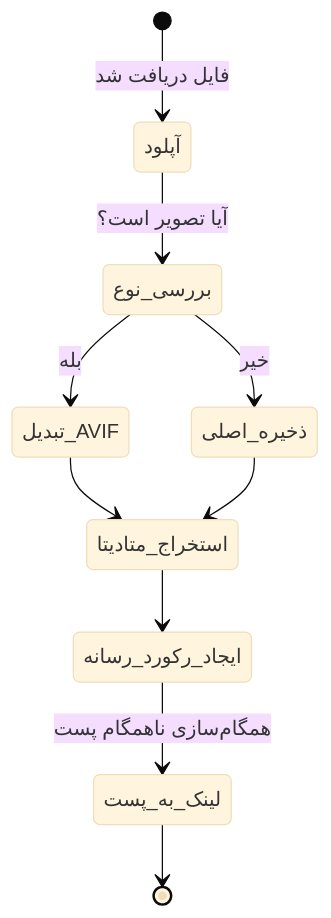
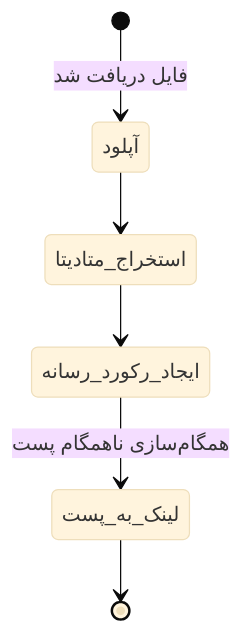
Before and after one commit to amirhossein-moloki/Blog: the third of 4 diagrams in COMPREHENSIVE_ARCHITECTURE_FA.md, drawn with Mermaid (base theme). The commit also changed other lines of this file and 17 other files, not shown here.

````diff
--- a/COMPREHENSIVE_ARCHITECTURE_FA.md
+++ b/COMPREHENSIVE_ARCHITECTURE_FA.md
@@ -481,12 +477,8 @@
 ```mermaid
 stateDiagram-v2
     [*] --> آپلود: فایل دریافت شد
-    آپلود --> بررسی_نوع: آیا تصویر است؟
-    بررسی_نوع --> تبدیل_AVIF: بله
-    بررسی_نوع --> ذخیره_اصلی: خیر
-    تبدیل_AVIF --> استخراج_متادیتا
-    ذخیره_اصلی --> استخراج_متادیتا
+    آپلود --> استخراج_متادیتا
     استخراج_متادیتا --> ایجاد_رکورد_رسانه
     ایجاد_رکورد_رسانه --> لینک_به_پست: همگام‌سازی ناهمگام پست
     لینک_به_پست --> [*]
 ```
````
